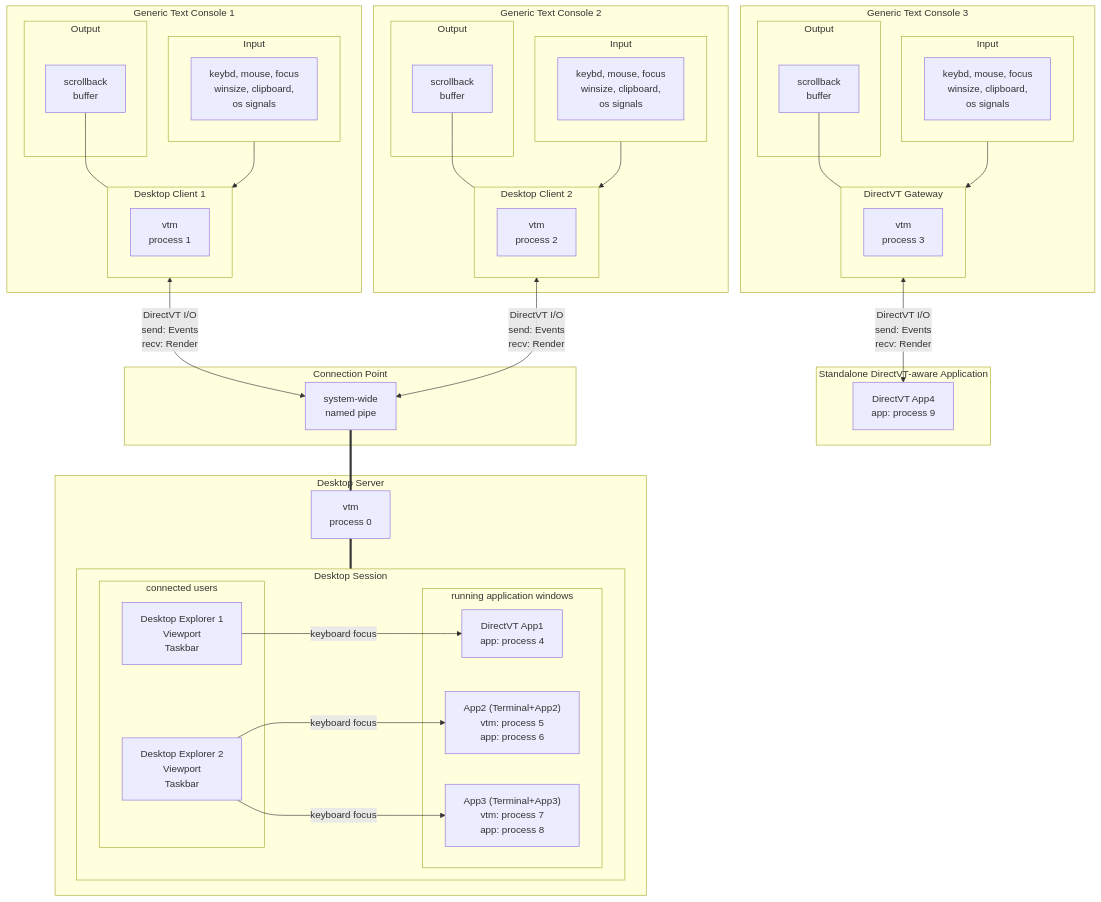
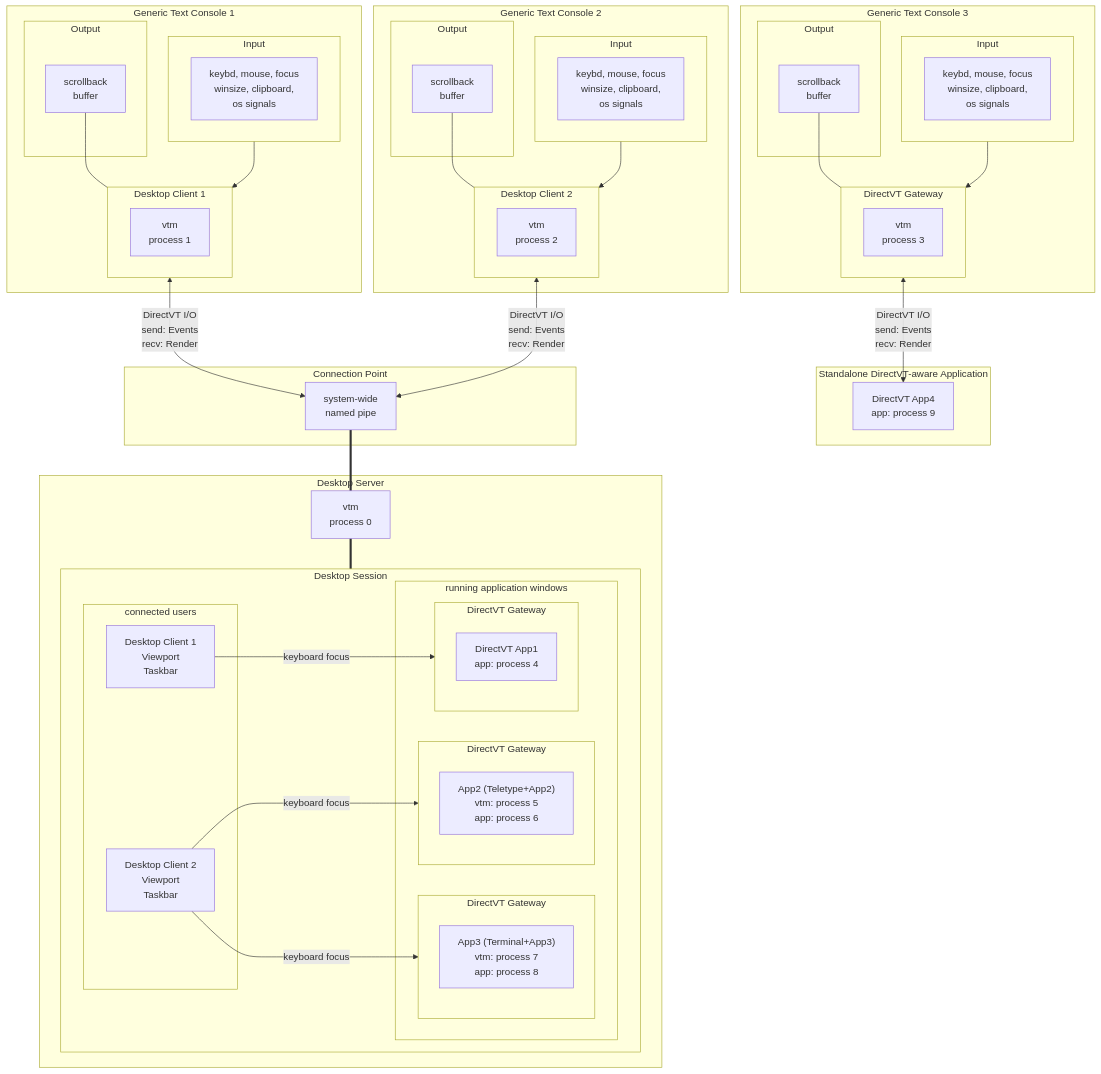
Before and after one commit to directvt/vtm: the diagram in doc/architecture.md, drawn with Mermaid.

```diff
--- a/doc/architecture.md
+++ b/doc/architecture.md
@@ -61,13 +61,19 @@
         VTMs[vtm\nprocess 0]
         subgraph SE[Desktop Session]
             subgraph APPx[running application windows]
-                APP1[DirectVT App1\napp: process 4]
-                APP2["App2 (Terminal+App2)\nvtm: process 5\napp: process 6"]
-                APP3["App3 (Terminal+App3)\nvtm: process 7\napp: process 8"]
+                subgraph APP1[DirectVT Gateway]
+                    eAPP1[DirectVT App1\napp: process 4]
+                end
+                subgraph APP2[DirectVT Gateway]
+                    eAPP2["App2 (Teletype+App2)\nvtm: process 5\napp: process 6"]
+                end
+                subgraph APP3[DirectVT Gateway]
+                    eAPP3["App3 (Terminal+App3)\nvtm: process 7\napp: process 8"]
+                end
             end
             subgraph APPu[connected users]
-                USR1["Desktop Explorer 1\nViewport\nTaskbar"]
-                USR2["Desktop Explorer 2\nViewport\nTaskbar"]
+                USR1["Desktop Client 1\nViewport\nTaskbar"]
+                USR2["Desktop Client 2\nViewport\nTaskbar"]
             end
             USR1 --->|keyboard focus| APP1
             USR2 --->|keyboard focus| APP2
```
